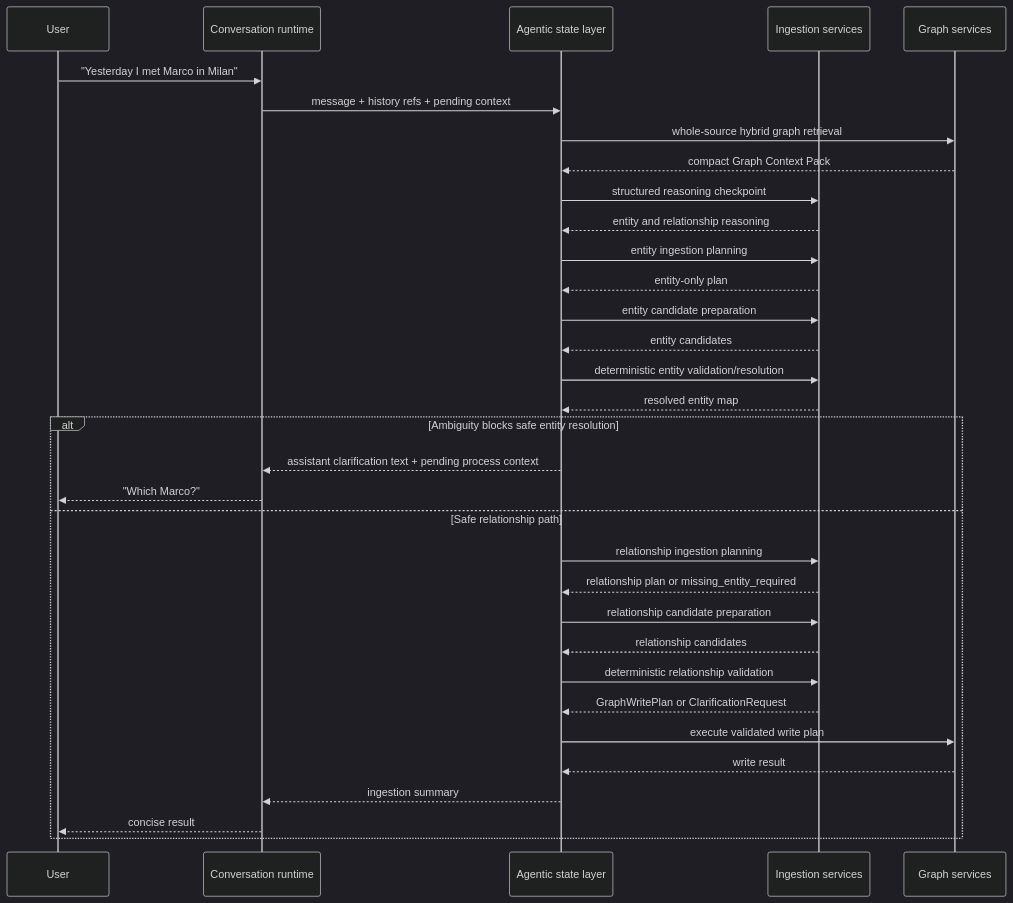
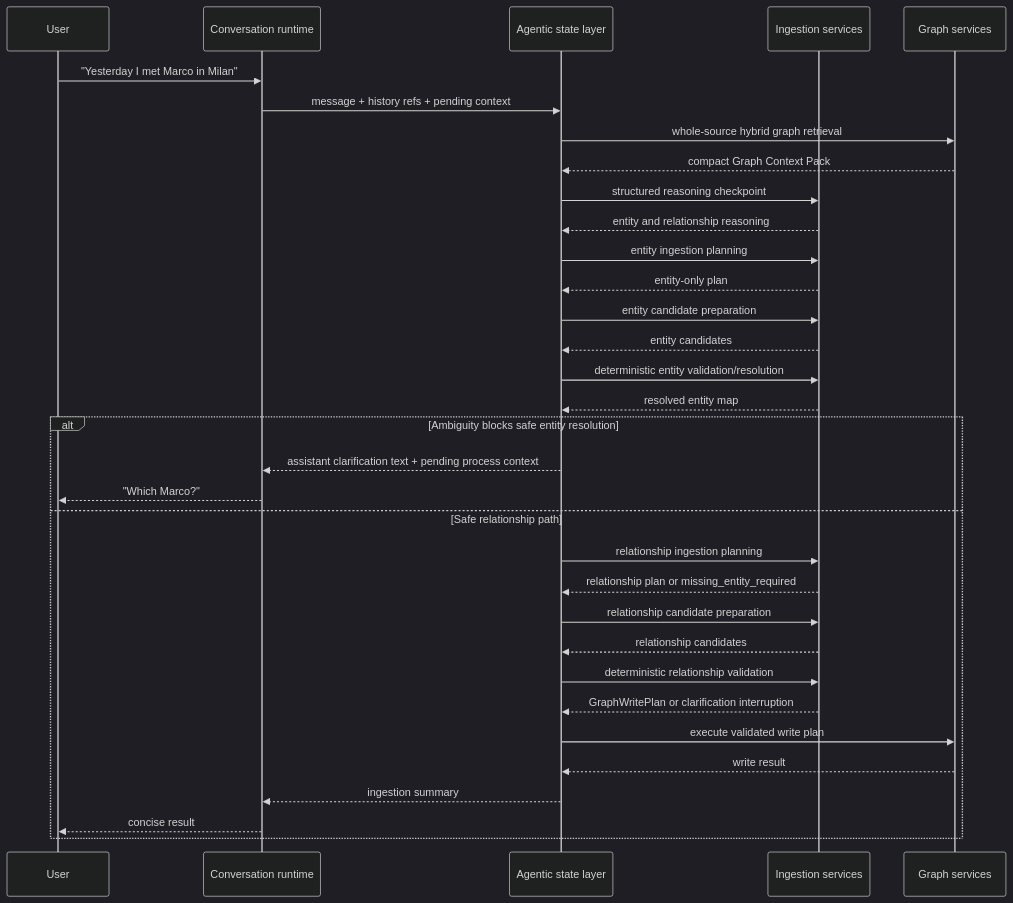
Before and after one commit to applebar17/my-digital-brain: the third of 3 diagrams in docs/architecture/agentic-orchestration.md, drawn with Mermaid (dark theme). The commit also changed other lines of this file and 54 other files, not shown here.

````diff
--- a/docs/architecture/agentic-orchestration.md
+++ b/docs/architecture/agentic-orchestration.md
@@ -343,36 +343,36 @@
 ```mermaid
 sequenceDiagram
     participant U as User
     participant R as Conversation runtime
     participant O as Agentic state layer
     participant I as Ingestion services
     participant G as Graph services
 
     U->>R: "Yesterday I met Marco in Milan"
     R->>O: message + history refs + pending context
     O->>G: whole-source hybrid graph retrieval
     G-->>O: compact Graph Context Pack
     O->>I: structured reasoning checkpoint
     I-->>O: entity and relationship reasoning
     O->>I: entity ingestion planning
     I-->>O: entity-only plan
     O->>I: entity candidate preparation
     I-->>O: entity candidates
     O->>I: deterministic entity validation/resolution
     I-->>O: resolved entity map
     alt Ambiguity blocks safe entity resolution
         O-->>R: assistant clarification text + pending process context
         R-->>U: "Which Marco?"
     else Safe relationship path
         O->>I: relationship ingestion planning
         I-->>O: relationship plan or missing_entity_required
         O->>I: relationship candidate preparation
         I-->>O: relationship candidates
         O->>I: deterministic relationship validation
-        I-->>O: GraphWritePlan or ClarificationRequest
+        I-->>O: GraphWritePlan or clarification interruption
         O->>G: execute validated write plan
         G-->>O: write result
         O-->>R: ingestion summary
         R-->>U: concise result
     end
 ```
````
